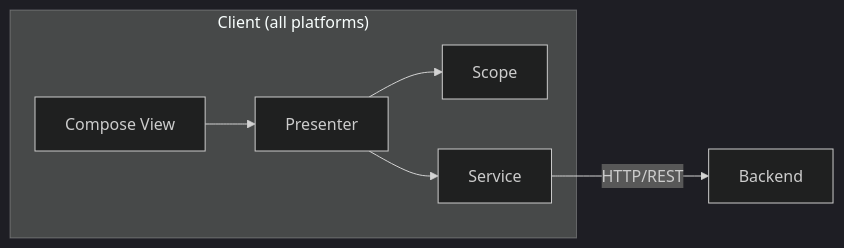
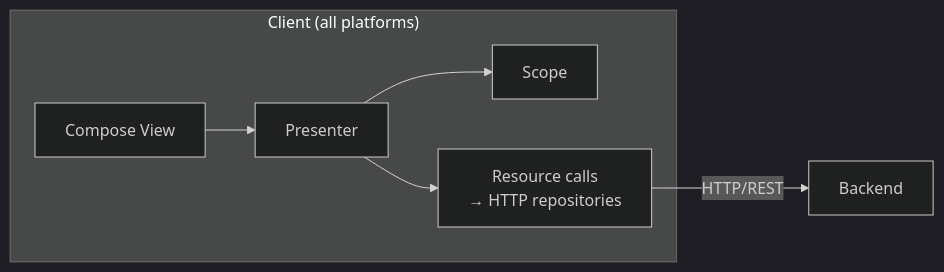
Before and after one commit to mrcdom/wdc-cube-kotlin: the fourth of 10 diagrams in docs/architecture.md, drawn with Mermaid (dark theme). The commit also changed other lines of this file and 7 other files, not shown here.

First line of the commit message:
docs: resource calls, the item price read in the INSERT, seed ids from 1, the browser scope

````diff
--- a/docs/architecture.md
+++ b/docs/architecture.md
@@ -247,9 +247,9 @@
 ```mermaid
 graph LR
     subgraph "Client (all platforms)"
         VIEW["Compose View"] --> PRES["Presenter"]
         PRES --> SCOPE["Scope"]
-        PRES --> SVC["Service"]
+        PRES --> SVC["Resource calls<br/>→ HTTP repositories"]
     end
     SVC -->|HTTP/REST| BACK["Backend"]
 ```
````
